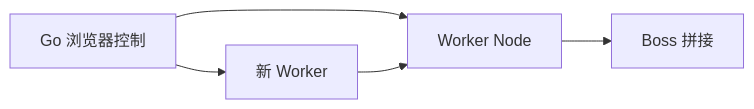
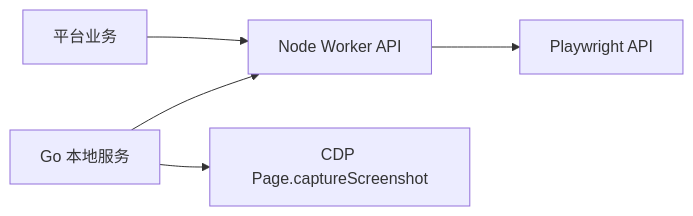
The eighth of 8 diagrams in .qoder/repowiki/zh/content/本地执行器/浏览器自动化/浏览器控制器/截图与滚动控制.md (alvinwangzi/goodhr), drawn with Mermaid before and after one commit. The commit also changed other lines of this file and 149 other files, not shown here.

````diff
--- a/.qoder/repowiki/zh/content/本地执行器/浏览器自动化/浏览器控制器/截图与滚动控制.md
+++ b/.qoder/repowiki/zh/content/本地执行器/浏览器自动化/浏览器控制器/截图与滚动控制.md
@@ -269,7 +321,7 @@
 ```mermaid
 graph LR
-GoCtrl["Go 浏览器控制"] --> WNode["Worker Node"]
-GoCtrl --> NewW["新 Worker"]
-WNode --> Boss["Boss 拼接"]
-NewW --> WNode
+GoServer["Go 本地服务"] --> NodeAPI["Node Worker API"]
+NodeAPI --> Playwright["Playwright API"]
+GoServer --> CDP["CDP Page.captureScreenshot"]
+Platform["平台业务"] --> NodeAPI
 ```
````
